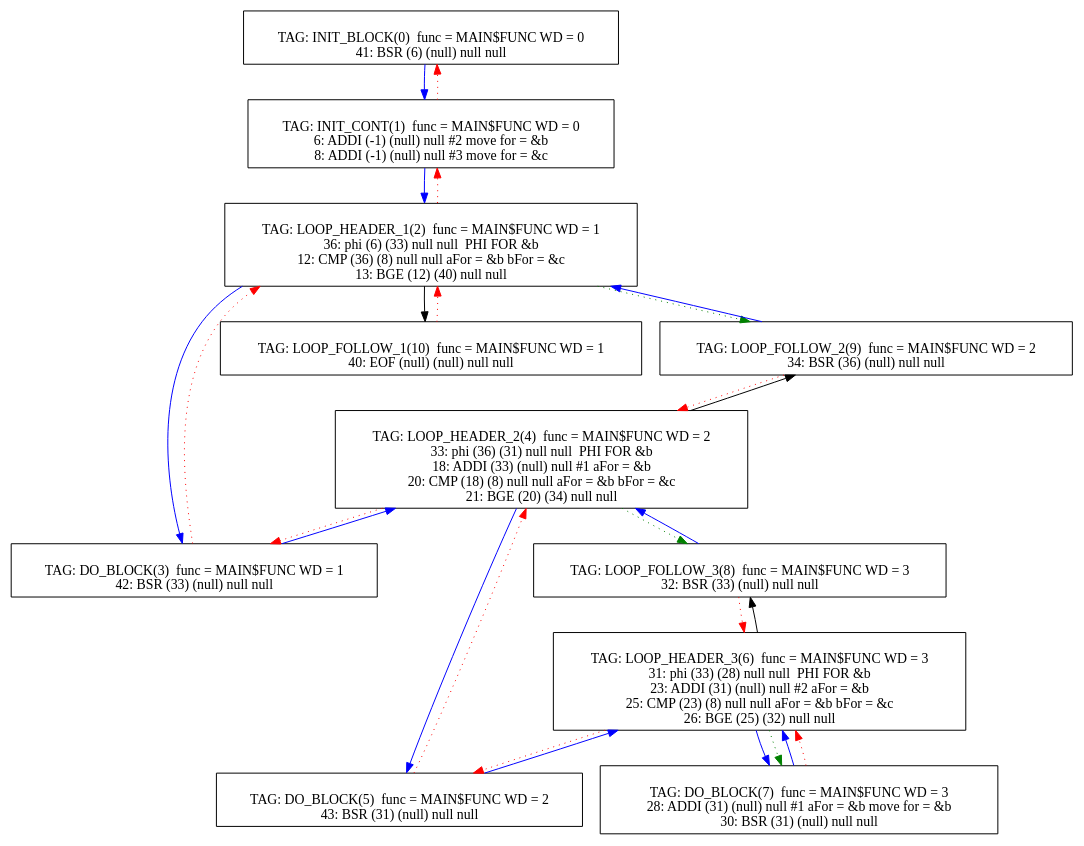
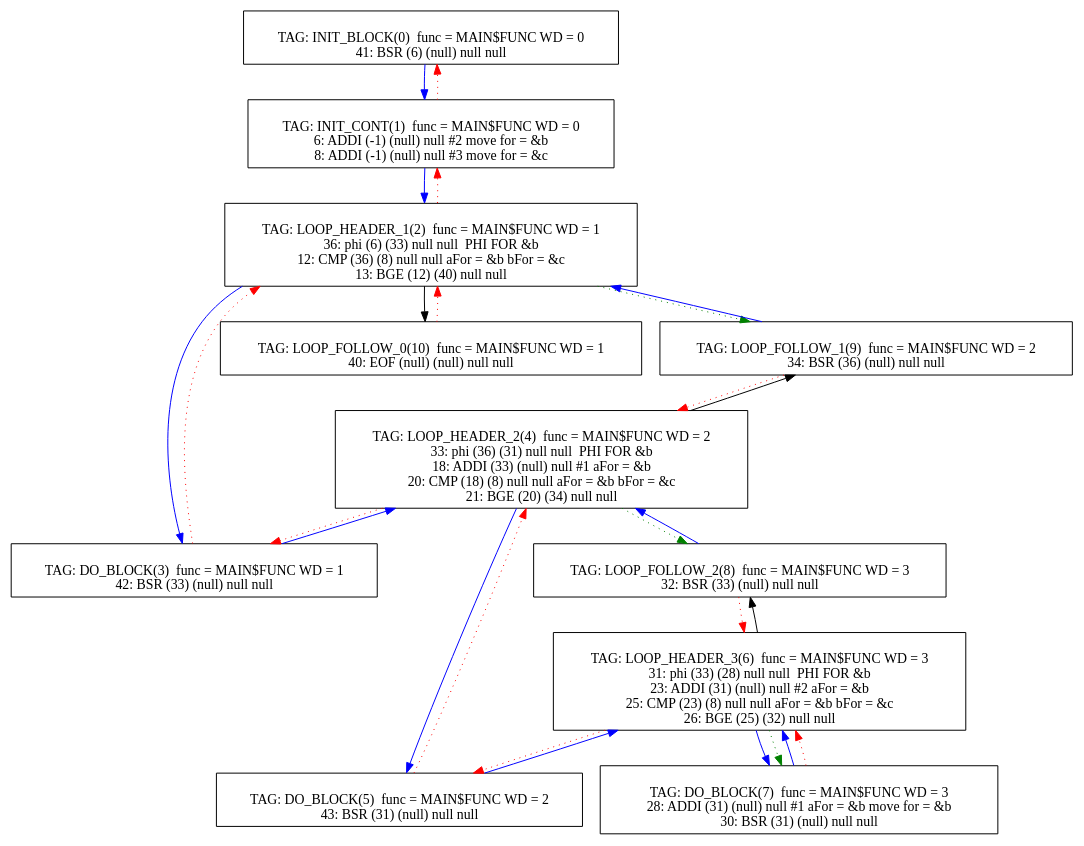
The diagram in Compiler/22graph.dot (mbajaj92/Project-Astoria), drawn with Graphviz before and after one commit. The commit also changed 85 other files, not shown here.

```diff
--- a/Compiler/22graph.dot
+++ b/Compiler/22graph.dot
@@ -1,93 +1,93 @@
 digraph {
 0[label="
 TAG: INIT_BLOCK(0)  func = MAIN$FUNC WD = 0
 41: BSR (6) (null) null null
 "];
 0[shape=box];
 0 -> 1[color=blue]
 1[label="
 TAG: INIT_CONT(1)  func = MAIN$FUNC WD = 0
 6: ADDI (-1) (null) null #2 move for = &b
 8: ADDI (-1) (null) null #3 move for = &c
 "];
 1[shape=box];
 1 -> 2[color=blue]
 1 -> 0[color=red][style=dotted]
 2[label="
 TAG: LOOP_HEADER_1(2)  func = MAIN$FUNC WD = 1
 36: phi (6) (33) null null  PHI FOR &b
 12: CMP (36) (8) null null aFor = &b bFor = &c
 13: BGE (12) (40) null null
 "];
 2[shape=box];
 2 -> 3[color=blue]
 2 -> 10[color=black]
 2 -> 1[color=red][style=dotted]
 2 -> 9[color=green][style=dotted]
 3[label="
 TAG: DO_BLOCK(3)  func = MAIN$FUNC WD = 1
 42: BSR (33) (null) null null
 "];
 3[shape=box];
 3 -> 4[color=blue]
 3 -> 2[color=red][style=dotted]
 4[label="
 TAG: LOOP_HEADER_2(4)  func = MAIN$FUNC WD = 2
 33: phi (36) (31) null null  PHI FOR &b
 18: ADDI (33) (null) null #1 aFor = &b
 20: CMP (18) (8) null null aFor = &b bFor = &c
 21: BGE (20) (34) null null
 "];
 4[shape=box];
 4 -> 5[color=blue]
 4 -> 9[color=black]
 4 -> 3[color=red][style=dotted]
 4 -> 8[color=green][style=dotted]
 5[label="
 TAG: DO_BLOCK(5)  func = MAIN$FUNC WD = 2
 43: BSR (31) (null) null null
 "];
 5[shape=box];
 5 -> 6[color=blue]
 5 -> 4[color=red][style=dotted]
 6[label="
 TAG: LOOP_HEADER_3(6)  func = MAIN$FUNC WD = 3
 31: phi (33) (28) null null  PHI FOR &b
 23: ADDI (31) (null) null #2 aFor = &b
 25: CMP (23) (8) null null aFor = &b bFor = &c
 26: BGE (25) (32) null null
 "];
 6[shape=box];
 6 -> 7[color=blue]
 6 -> 8[color=black]
 6 -> 5[color=red][style=dotted]
 6 -> 7[color=green][style=dotted]
 7[label="
 TAG: DO_BLOCK(7)  func = MAIN$FUNC WD = 3
 28: ADDI (31) (null) null #1 aFor = &b move for = &b
 30: BSR (31) (null) null null
 "];
 7[shape=box];
 7 -> 6[color=blue]
 7 -> 6[color=red][style=dotted]
 8[label="
-TAG: LOOP_FOLLOW_3(8)  func = MAIN$FUNC WD = 3
+TAG: LOOP_FOLLOW_2(8)  func = MAIN$FUNC WD = 3
 32: BSR (33) (null) null null
 "];
 8[shape=box];
 8 -> 4[color=blue]
 8 -> 6[color=red][style=dotted]
 9[label="
-TAG: LOOP_FOLLOW_2(9)  func = MAIN$FUNC WD = 2
+TAG: LOOP_FOLLOW_1(9)  func = MAIN$FUNC WD = 2
 34: BSR (36) (null) null null
 "];
 9[shape=box];
 9 -> 2[color=blue]
 9 -> 4[color=red][style=dotted]
 10[label="
-TAG: LOOP_FOLLOW_1(10)  func = MAIN$FUNC WD = 1
+TAG: LOOP_FOLLOW_0(10)  func = MAIN$FUNC WD = 1
 40: EOF (null) (null) null null
 "];
 10[shape=box];
 10 -> 2[color=red][style=dotted]
 }
```
